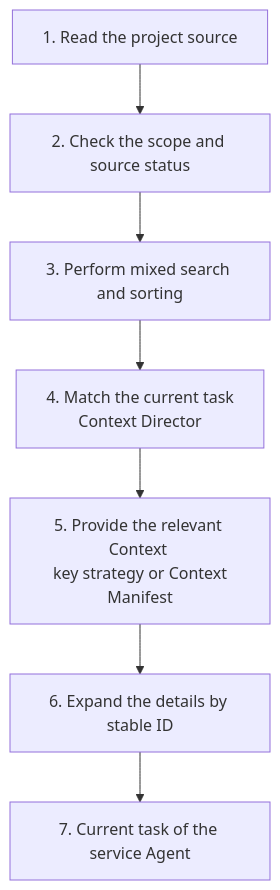
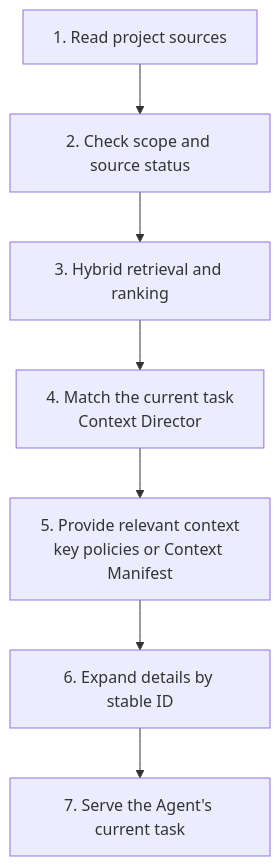
One commit to rpamis/comet-website-docs changed the diagram in en/plugins/project-rules.mdx. Above: the diagram before and after it, drawn with Mermaid. The commit also changed other lines of this file and 30 other files, not shown here.

````diff
--- a/en/plugins/project-rules.mdx
+++ b/en/plugins/project-rules.mdx
@@ -164,9 +164,9 @@
 ```mermaid
 flowchart TD
-  S["1. Read the project source"] --> F["2. Check the scope and source status"]
-  F --> R["3. Perform mixed search and sorting"]
-  R --> C["4. Match the current task <br/>Context Director"]
-  C --> K["5. Provide the relevant Context <br/> key strategy or Context Manifest"]
-  K --> E["6. Expand the details by stable ID"]
-  E --> A["7. Current task of the service Agent"]
+  S["1. Read project sources"] --> F["2. Check scope and source status"]
+  F --> R["3. Hybrid retrieval and ranking"]
+  R --> C["4. Match the current task<br/>Context Director"]
+  C --> K["5. Provide relevant context<br/>key policies or Context Manifest"]
+  K --> E["6. Expand details by stable ID"]
+  E --> A["7. Serve the Agent's current task"]
 ```
````
